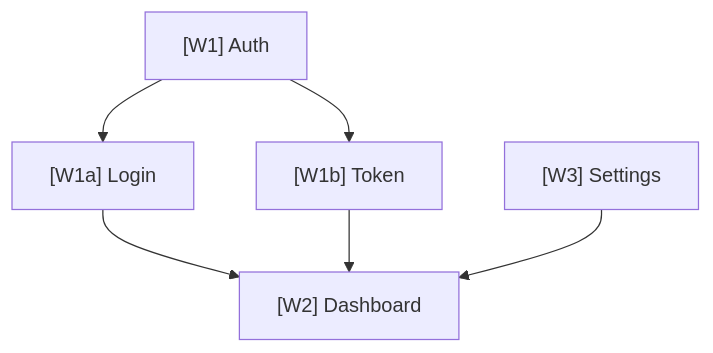
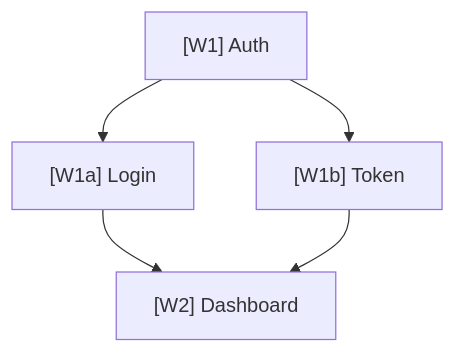
Before and after one commit to sjquant/ghosts: the second of 2 diagrams in core/skills/wdd/SKILL.md, drawn with Mermaid. The commit also changed other lines of this file and 6 other files, not shown here.

````diff
--- a/core/skills/wdd/SKILL.md
+++ b/core/skills/wdd/SKILL.md
@@ -164,8 +92,7 @@
 ```mermaid
 flowchart TD
   W1["[W1] Auth"] --> W1a["[W1a] Login"]
   W1["[W1] Auth"] --> W1b["[W1b] Token"]
   W1a --> W2["[W2] Dashboard"]
   W1b --> W2
-  W3["[W3] Settings"] --> W2
 ```
````
